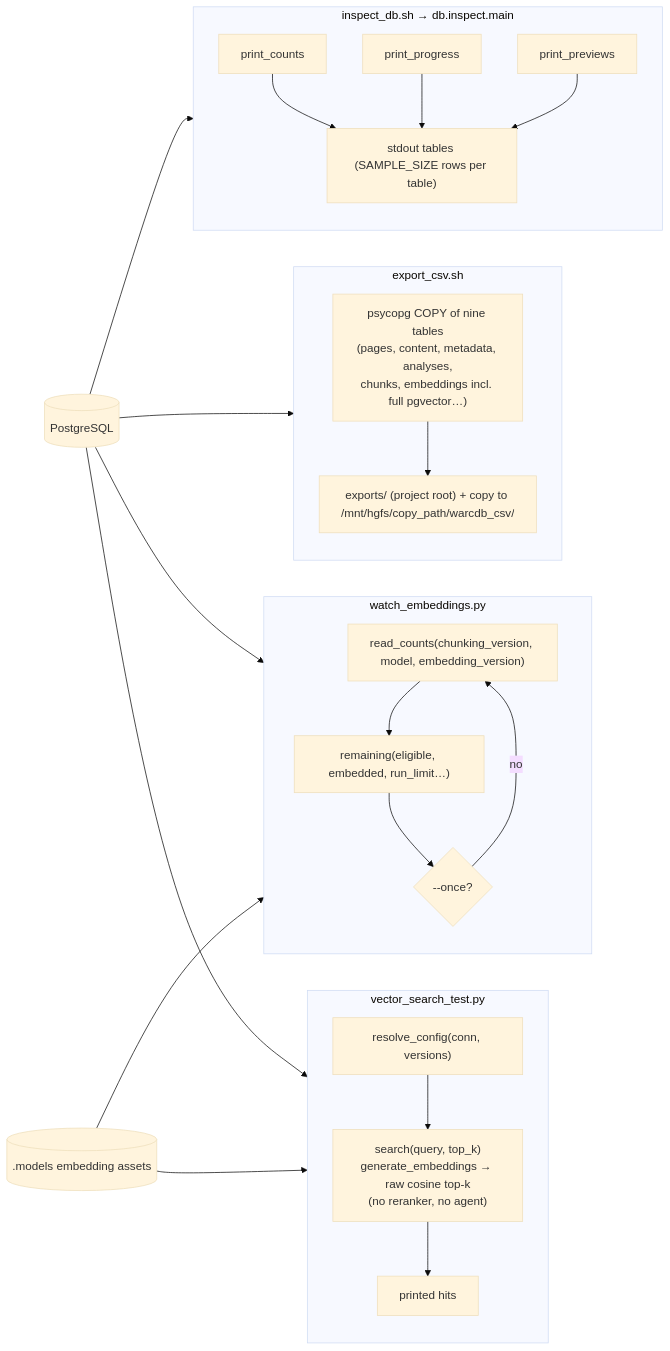
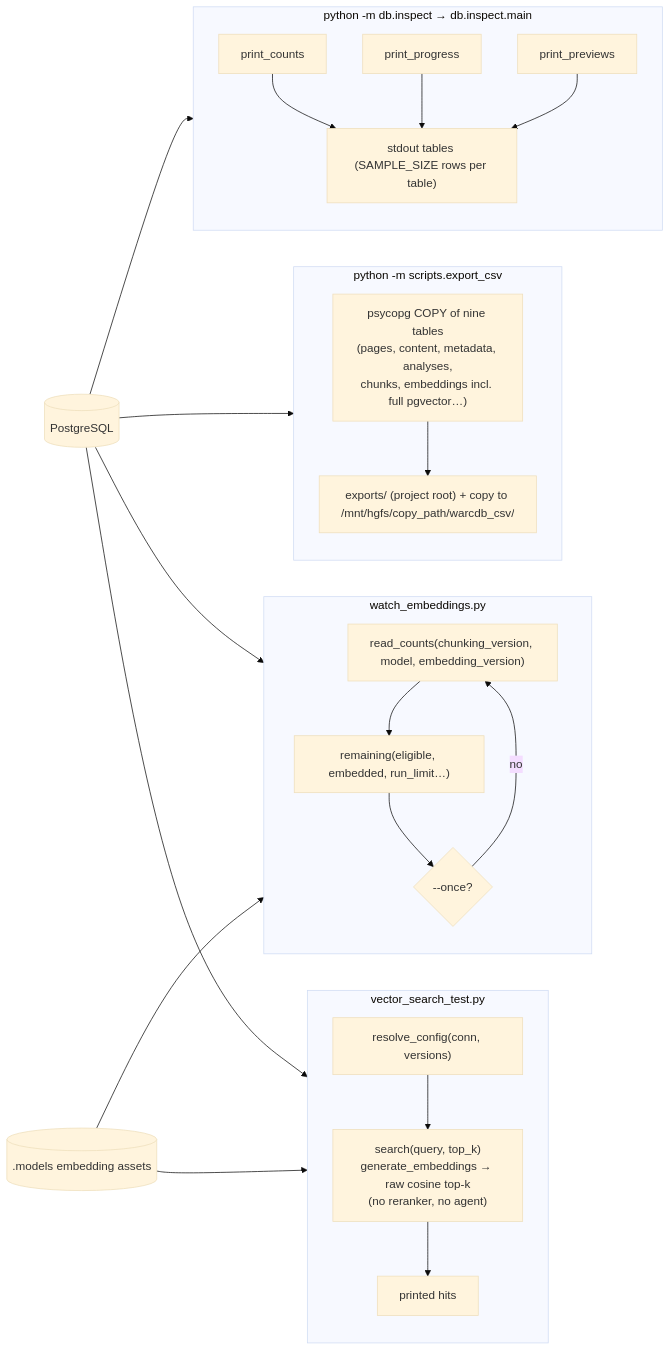
Diagram 11 of 15 in docs/workflows.md (Marwan051/sparc_warc), drawn with Mermaid (base theme) before and after one commit. The commit also changed other lines of this file and 32 other files, not shown here.

````diff
--- a/docs/workflows.md
+++ b/docs/workflows.md
@@ -300,18 +299,18 @@
 ```mermaid
 flowchart LR
-    subgraph INSPECT["inspect_db.sh → db.inspect.main"]
+    subgraph INSPECT["python -m db.inspect → db.inspect.main"]
         I1["print_counts"] & I2["print_progress"] & I3["print_previews"] --> I4["stdout tables (SAMPLE_SIZE rows per table)"]
     end
-    subgraph EXPORT["export_csv.sh"]
+    subgraph EXPORT["python -m scripts.export_csv"]
         X1["psycopg COPY of nine tables\n(pages, content, metadata, analyses,\nchunks, embeddings incl. full pgvector…)"] --> X2["exports/ (project root) + copy to /mnt/hgfs/copy_path/warcdb_csv/"]
     end
     subgraph WATCH["watch_embeddings.py"]
         W1["read_counts(chunking_version, model, embedding_version)"] --> W2["remaining(eligible, embedded, run_limit…)"] --> W3{"--once?"}
         W3 -- no --> W1
     end
     subgraph VST["vector_search_test.py"]
         V1["resolve_config(conn, versions)"] --> V2["search(query, top_k)\ngenerate_embeddings → raw cosine top-k\n(no reranker, no agent)"] --> V3["printed hits"]
     end
     DB[("PostgreSQL")] --> INSPECT & EXPORT & WATCH & VST
     ONNX[(".models embedding assets")] --> WATCH & VST
 ```
````
